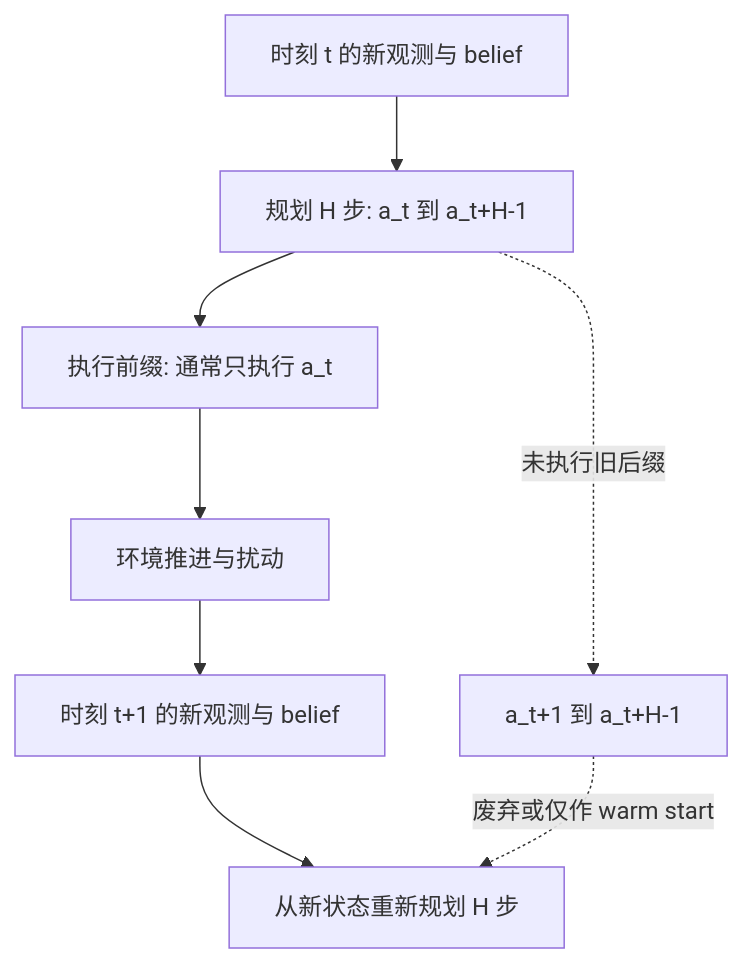
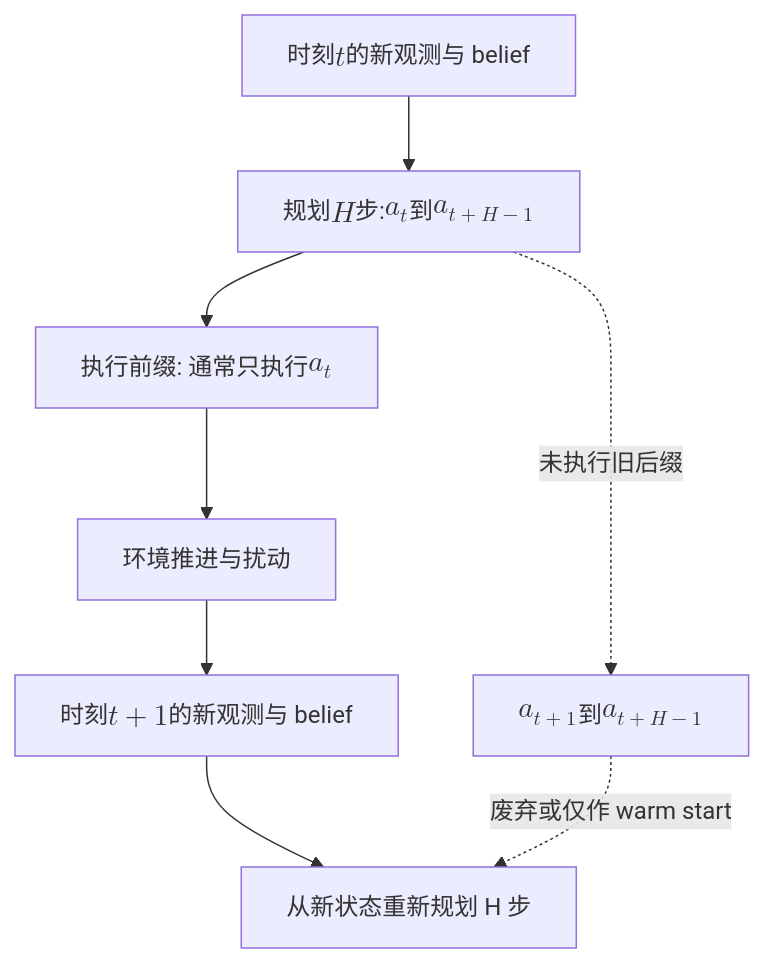
The second of 2 diagrams in docs/part-02-world-models/ch07-model-based-planning.md (dollarser/world-models-and-embodied-ai-book), drawn with Mermaid before and after one commit. The commit also changed other lines of this file and 20 other files, not shown here.

````diff
--- a/docs/part-02-world-models/ch07-model-based-planning.md
+++ b/docs/part-02-world-models/ch07-model-based-planning.md
@@ -87,12 +87,12 @@
 ```mermaid
 flowchart TB
     accTitle: FIG-07-02 图 7-2 滚动时域中的计划、执行与重规划
     accDescr: 时刻 t 根据新观测规划 H 步，只执行首步或短前缀；环境返回新观测后，未执行的旧后缀被废弃或仅作热启动，并从新状态重新规划 H 步。
-    O0[时刻 t 的新观测与 belief] --> P0[规划 H 步: a_t 到 a_t+H-1]
-    P0 --> X0[执行前缀: 通常只执行 a_t]
-    P0 -.未执行旧后缀.-> S0[a_t+1 到 a_t+H-1]
+    O0["时刻 $$t$$ 的新观测与 belief"] --> P0["规划 $$H$$ 步: $$a_t$$ 到 $$a_{t+H-1}$$"]
+    P0 --> X0["执行前缀: 通常只执行 $$a_t$$"]
+    P0 -.未执行旧后缀.-> S0["$$a_{t+1}$$ 到 $$a_{t+H-1}$$"]
     X0 --> E0[环境推进与扰动]
-    E0 --> O1[时刻 t+1 的新观测与 belief]
+    E0 --> O1["时刻 $$t+1$$ 的新观测与 belief"]
     O1 --> P1[从新状态重新规划 H 步]
     S0 -.废弃或仅作 warm start.-> P1
 ```
````
